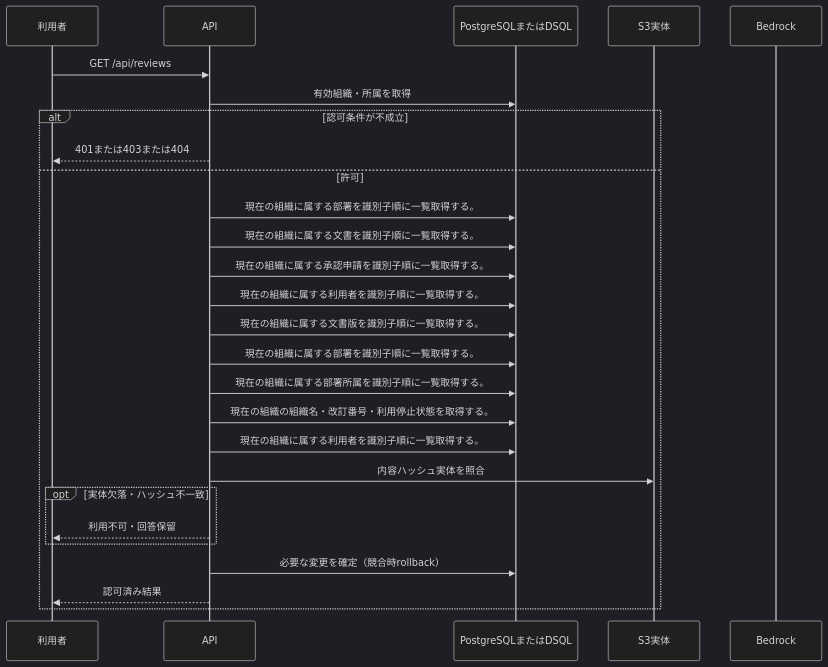
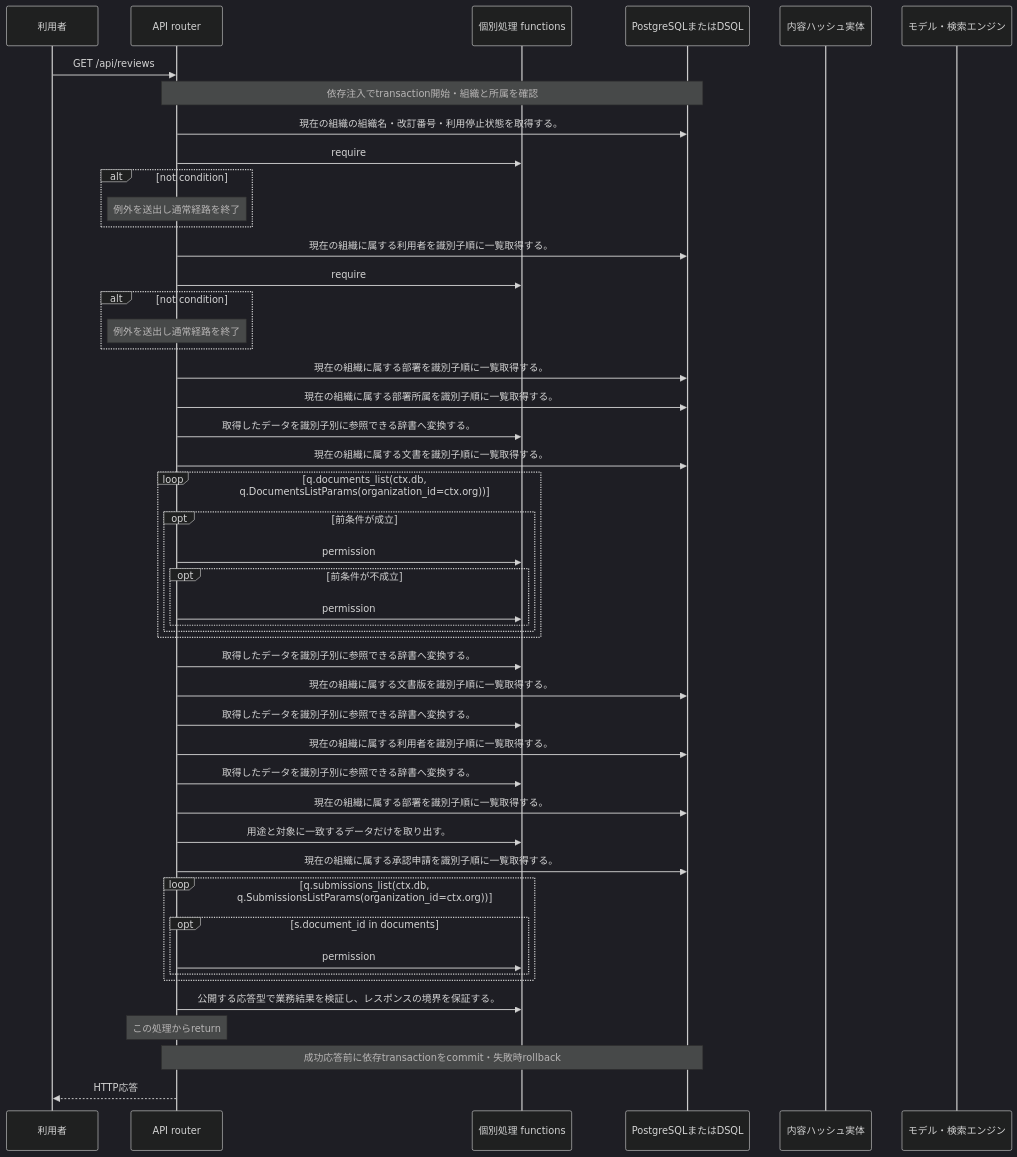
Before and after one commit to tsuji-tomonori/KotoRelay: the diagram in docs/design/generated/api/reviews/list_reviews/sequence.md, drawn with Mermaid (dark theme). The commit also changed other lines of this file and 424 other files, not shown here.

````diff
--- a/docs/design/generated/api/reviews/list_reviews/sequence.md
+++ b/docs/design/generated/api/reviews/list_reviews/sequence.md
@@ -7,29 +7,50 @@
 ```mermaid
 sequenceDiagram
     participant U as 利用者
-    participant A as API
+    participant A as API router
+    participant F as 個別処理 functions
     participant D as PostgreSQLまたはDSQL
-    participant S as S3実体
-    participant M as Bedrock
+    participant S as 内容ハッシュ実体
+    participant M as モデル・検索エンジン
     U->>A: GET /api/reviews
-    A->>D: 有効組織・所属を取得
-    alt 認可条件が不成立
-        A-->>U: 401または403または404
-    else 許可
-        A->>D: 現在の組織に属する部署を識別子順に一覧取得する。
-        A->>D: 現在の組織に属する文書を識別子順に一覧取得する。
-        A->>D: 現在の組織に属する承認申請を識別子順に一覧取得する。
-        A->>D: 現在の組織に属する利用者を識別子順に一覧取得する。
-        A->>D: 現在の組織に属する文書版を識別子順に一覧取得する。
-        A->>D: 現在の組織に属する部署を識別子順に一覧取得する。
-        A->>D: 現在の組織に属する部署所属を識別子順に一覧取得する。
-        A->>D: 現在の組織の組織名・改訂番号・利用停止状態を取得する。
-        A->>D: 現在の組織に属する利用者を識別子順に一覧取得する。
-        A->>S: 内容ハッシュ実体を照合
-        opt 実体欠落・ハッシュ不一致
-            A-->>U: 利用不可・回答保留
-        end
-        A->>D: 必要な変更を確定（競合時rollback）
-        A-->>U: 認可済み結果
+    Note over A,D: 依存注入でtransaction開始・組織と所属を確認
+    A->>D: 現在の組織の組織名・改訂番号・利用停止状態を取得する。
+    A->>F: require
+    alt not condition
+    Note over A: 例外を送出し通常経路を終了
     end
+    A->>D: 現在の組織に属する利用者を識別子順に一覧取得する。
+    A->>F: require
+    alt not condition
+    Note over A: 例外を送出し通常経路を終了
+    end
+    A->>D: 現在の組織に属する部署を識別子順に一覧取得する。
+    A->>D: 現在の組織に属する部署所属を識別子順に一覧取得する。
+    A->>F: 取得したデータを識別子別に参照できる辞書へ変換する。
+    A->>D: 現在の組織に属する文書を識別子順に一覧取得する。
+    loop q.documents_list(ctx.db, q.DocumentsListParams(organization_id=ctx.org))
+    opt 前条件が成立
+    A->>F: permission
+    opt 前条件が不成立
+    A->>F: permission
+    end
+    end
+    end
+    A->>F: 取得したデータを識別子別に参照できる辞書へ変換する。
+    A->>D: 現在の組織に属する文書版を識別子順に一覧取得する。
+    A->>F: 取得したデータを識別子別に参照できる辞書へ変換する。
+    A->>D: 現在の組織に属する利用者を識別子順に一覧取得する。
+    A->>F: 取得したデータを識別子別に参照できる辞書へ変換する。
+    A->>D: 現在の組織に属する部署を識別子順に一覧取得する。
+    A->>F: 用途と対象に一致するデータだけを取り出す。
+    A->>D: 現在の組織に属する承認申請を識別子順に一覧取得する。
+    loop q.submissions_list(ctx.db, q.SubmissionsListParams(organization_id=ctx.org))
+    opt s.document_id in documents
+    A->>F: permission
+    end
+    end
+    A->>F: 公開する応答型で業務結果を検証し、レスポンスの境界を保証する。
+    Note over A: この処理からreturn
+    Note over A,D: 成功応答前に依存transactionをcommit・失敗時rollback
+    A-->>U: HTTP応答
 ```
````
